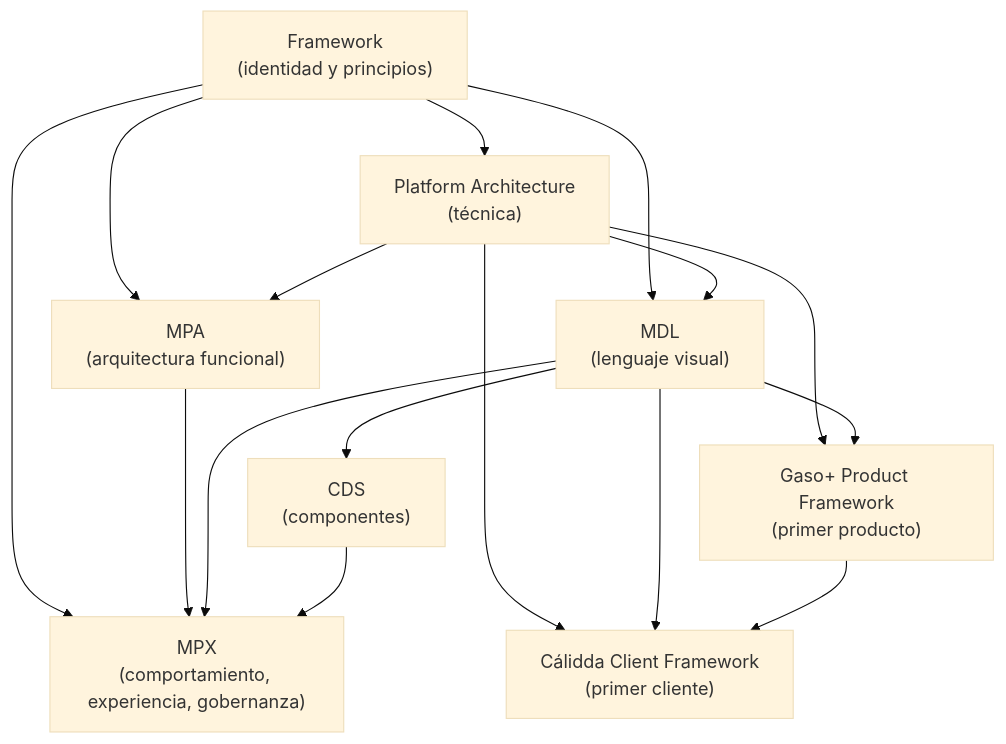
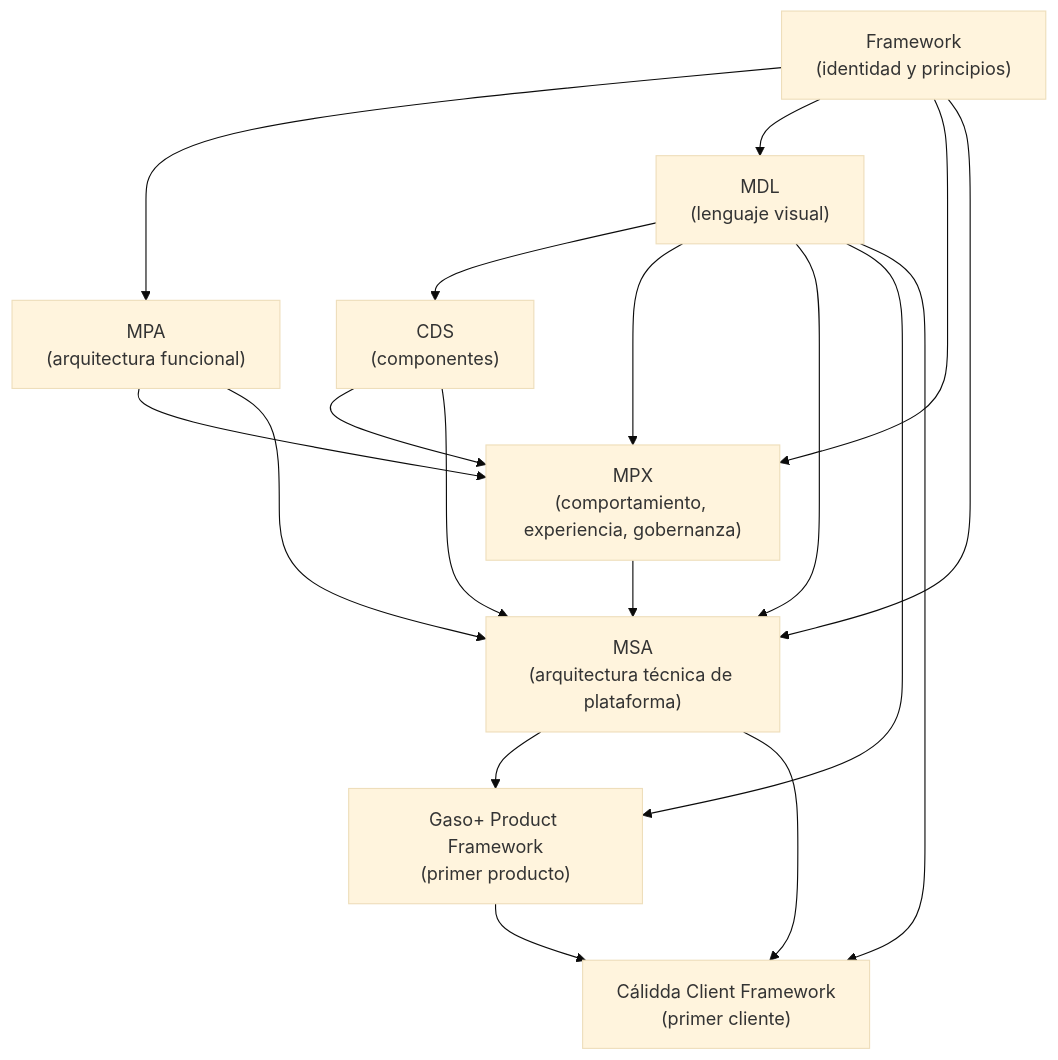
The diagram in DOCUMENTATION_INDEX.md (millonesjesus-afk/whatsapp-agentkit), drawn with Mermaid (base theme) before and after one commit. The commit also changed other lines of this file and 2 other files, not shown here.

First line of the commit message:
Agregar MAIEK_AI_SYSTEM_ARCHITECTURE.md v1.0 — documento padre de arquitectura técnica

````diff
--- a/DOCUMENTATION_INDEX.md
+++ b/DOCUMENTATION_INDEX.md
@@ -132,27 +135,29 @@
 ```mermaid
 flowchart TB
     FW["Framework<br/>(identidad y principios)"]
-    PA["Platform Architecture<br/>(técnica)"]
     MPA["MPA<br/>(arquitectura funcional)"]
     MDL["MDL<br/>(lenguaje visual)"]
     CDS["CDS<br/>(componentes)"]
     MPX["MPX<br/>(comportamiento, experiencia, gobernanza)"]
+    MSA["MSA<br/>(arquitectura técnica de plataforma)"]
     GPF["Gaso+ Product Framework<br/>(primer producto)"]
     CCF["Cálidda Client Framework<br/>(primer cliente)"]
 
-    FW --> PA
     FW --> MPA
     FW --> MDL
     FW --> MPX
-    PA --> MPA
-    PA --> MDL
-    PA --> GPF
-    PA --> CCF
+    FW --> MSA
     MPA --> MPX
+    MPA --> MSA
     MDL --> CDS
     MDL --> MPX
+    MDL --> MSA
     MDL --> GPF
     MDL --> CCF
     CDS --> MPX
+    CDS --> MSA
+    MPX --> MSA
+    MSA --> GPF
+    MSA --> CCF
     GPF --> CCF
 ```
````
